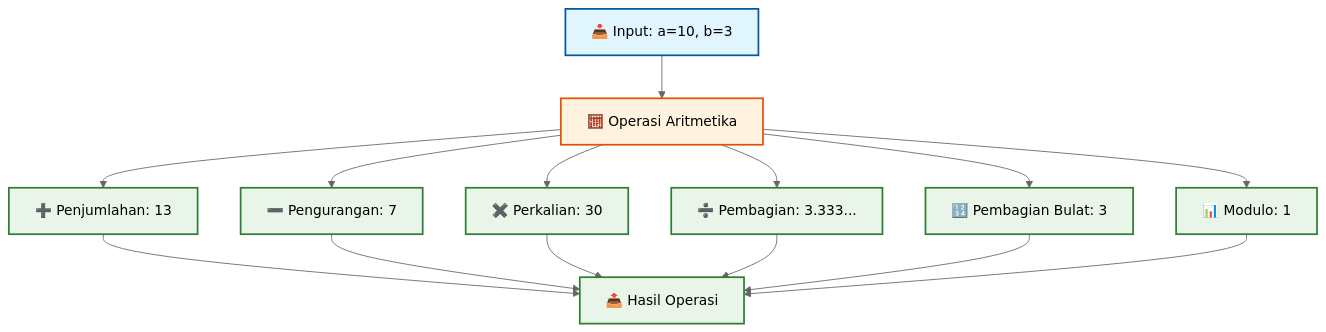
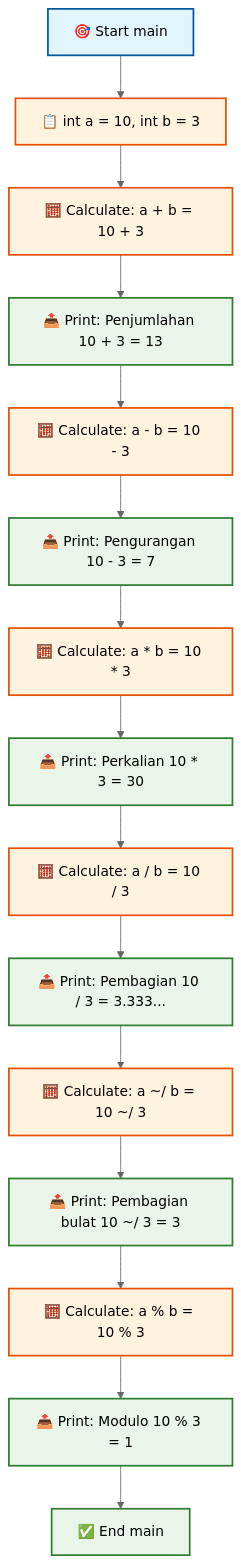
The first of 15 diagrams in minggu2.md (antonprafanto/flutter), drawn with Mermaid (neutral theme) before and after one commit. The commit also changed other lines of this file, not shown here.

````diff
--- a/minggu2.md
+++ b/minggu2.md
@@ -54,26 +54,33 @@
 ```mermaid
 flowchart TD
-    A[📥 Input: a=10, b=3] --> B[🧮 Operasi Aritmetika]
-    B --> C[➕ Penjumlahan: 13]
-    B --> D[➖ Pengurangan: 7]
-    B --> E[✖️ Perkalian: 30]
-    B --> F[➗ Pembagian: 3.333...]
-    B --> G[🔢 Pembagian Bulat: 3]
-    B --> H[📊 Modulo: 1]
-    C --> I[📤 Hasil Operasi]
-    D --> I
-    E --> I
-    F --> I
-    G --> I
-    H --> I
+    A[🎯 Start main] --> B[📋 int a = 10, int b = 3]
+    B --> C[🧮 Calculate: a + b = 10 + 3]
+    C --> D[📤 Print: Penjumlahan 10 + 3 = 13]
+    D --> E[🧮 Calculate: a - b = 10 - 3]
+    E --> F[📤 Print: Pengurangan 10 - 3 = 7]
+    F --> G[🧮 Calculate: a * b = 10 * 3]
+    G --> H[📤 Print: Perkalian 10 * 3 = 30]
+    H --> I[🧮 Calculate: a / b = 10 / 3]
+    I --> J[📤 Print: Pembagian 10 / 3 = 3.333...]
+    J --> K[🧮 Calculate: a ~/ b = 10 ~/ 3]
+    K --> L[📤 Print: Pembagian bulat 10 ~/ 3 = 3]
+    L --> M[🧮 Calculate: a % b = 10 % 3]
+    M --> N[📤 Print: Modulo 10 % 3 = 1]
+    N --> O[✅ End main]
     
     style A fill:#e1f5fe,stroke:#01579b,stroke-width:2px,color:#000
     style B fill:#fff3e0,stroke:#e65100,stroke-width:2px,color:#000
-    style C fill:#e8f5e8,stroke:#2e7d32,stroke-width:2px,color:#000
+    style C fill:#fff3e0,stroke:#e65100,stroke-width:2px,color:#000
     style D fill:#e8f5e8,stroke:#2e7d32,stroke-width:2px,color:#000
-    style E fill:#e8f5e8,stroke:#2e7d32,stroke-width:2px,color:#000
+    style E fill:#fff3e0,stroke:#e65100,stroke-width:2px,color:#000
     style F fill:#e8f5e8,stroke:#2e7d32,stroke-width:2px,color:#000
-    style G fill:#e8f5e8,stroke:#2e7d32,stroke-width:2px,color:#000
+    style G fill:#fff3e0,stroke:#e65100,stroke-width:2px,color:#000
     style H fill:#e8f5e8,stroke:#2e7d32,stroke-width:2px,color:#000
-    style I fill:#e8f5e8,stroke:#2e7d32,stroke-width:2px,color:#000
+    style I fill:#fff3e0,stroke:#e65100,stroke-width:2px,color:#000
+    style J fill:#e8f5e8,stroke:#2e7d32,stroke-width:2px,color:#000
+    style K fill:#fff3e0,stroke:#e65100,stroke-width:2px,color:#000
+    style L fill:#e8f5e8,stroke:#2e7d32,stroke-width:2px,color:#000
+    style M fill:#fff3e0,stroke:#e65100,stroke-width:2px,color:#000
+    style N fill:#e8f5e8,stroke:#2e7d32,stroke-width:2px,color:#000
+    style O fill:#e8f5e8,stroke:#2e7d32,stroke-width:2px,color:#000
 ```
````
